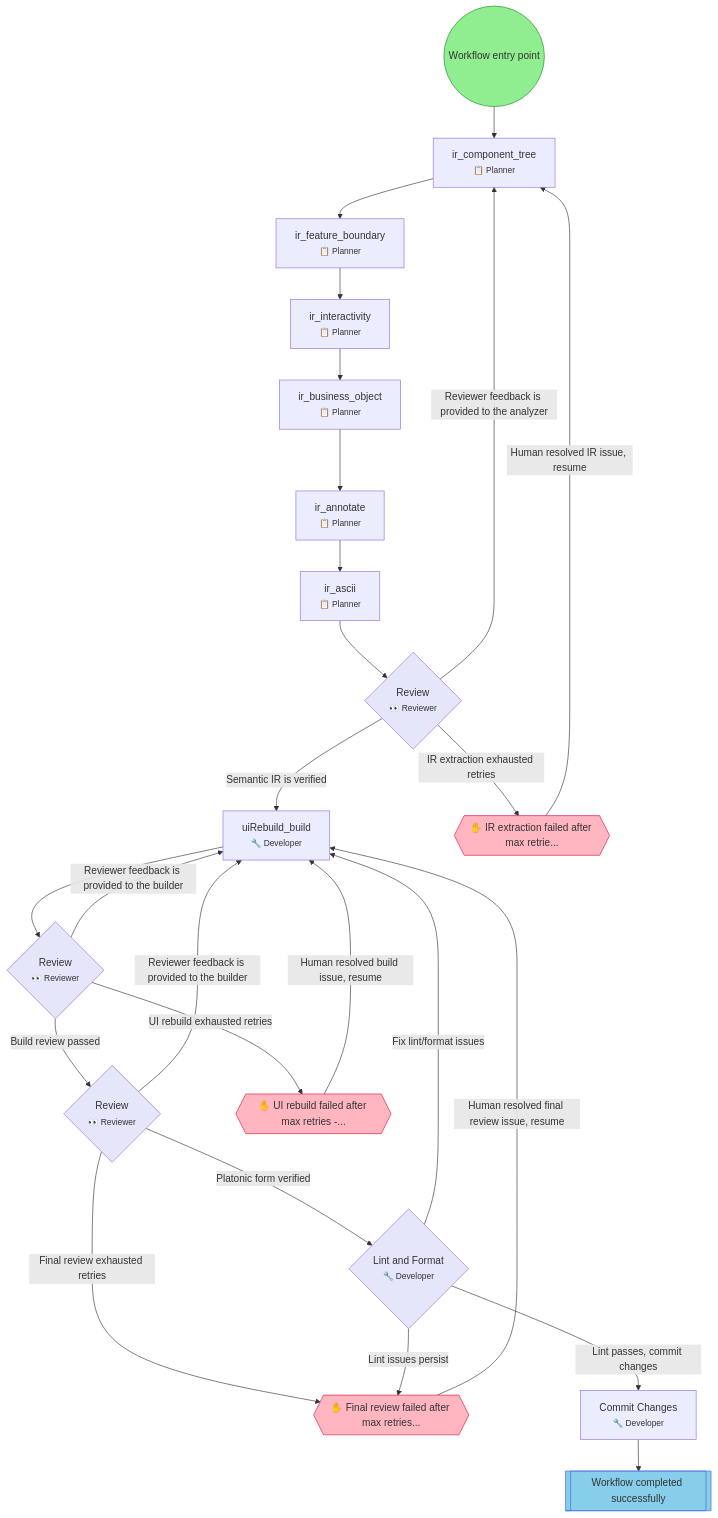
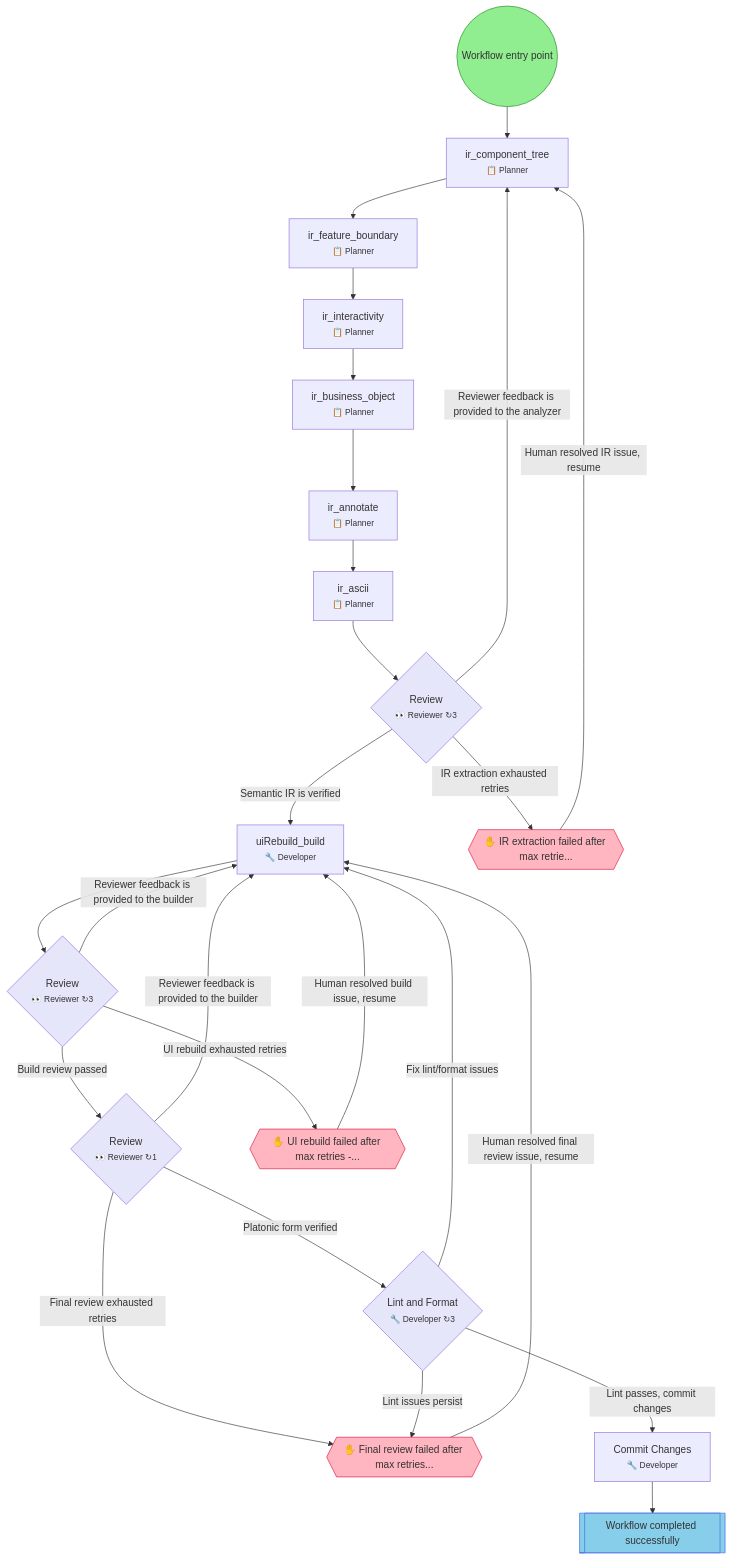
One commit to leclabs/agent-toolkit changed the diagram in .flow/diagrams/ui-reconstruction.md. Above: the diagram before and after it, drawn with Mermaid. The commit also changed other lines of this file and 114 other files, not shown here.

````diff
--- a/.flow/diagrams/ui-reconstruction.md
+++ b/.flow/diagrams/ui-reconstruction.md
@@ -7,56 +7,56 @@
 ```mermaid
 flowchart TD
     start(("Workflow entry point"))
     ir_component_tree["ir_component_tree<br/><small>📋 Planner</small>"]
     ir_feature_boundary["ir_feature_boundary<br/><small>📋 Planner</small>"]
     ir_interactivity["ir_interactivity<br/><small>📋 Planner</small>"]
     ir_business_object["ir_business_object<br/><small>📋 Planner</small>"]
     ir_annotate["ir_annotate<br/><small>📋 Planner</small>"]
     ir_ascii["ir_ascii<br/><small>📋 Planner</small>"]
-    ir_review{"Review<br/><small>👀 Reviewer</small>"}
+    ir_review{"Review<br/><small>👀 Reviewer ↻3</small>"}
     uiRebuild_build["uiRebuild_build<br/><small>🔧 Developer</small>"]
-    uiRebuild_review{"Review<br/><small>👀 Reviewer</small>"}
-    final_review{"Review<br/><small>👀 Reviewer</small>"}
+    uiRebuild_review{"Review<br/><small>👀 Reviewer ↻3</small>"}
+    final_review{"Review<br/><small>👀 Reviewer ↻1</small>"}
     end_success[["Workflow completed successfully"]]
     hitl_ir_failed{{"✋ IR extraction failed after max retrie..."}}
     hitl_build_failed{{"✋ UI rebuild failed after max retries -..."}}
     hitl_final_failed{{"✋ Final review failed after max retries..."}}
-    lint_format{"Lint and Format<br/><small>🔧 Developer</small>"}
+    lint_format{"Lint and Format<br/><small>🔧 Developer ↻3</small>"}
     commit["Commit Changes<br/><small>🔧 Developer</small>"]
 
     start --> ir_component_tree
     ir_component_tree --> ir_feature_boundary
     ir_feature_boundary --> ir_interactivity
     ir_interactivity --> ir_business_object
     ir_business_object --> ir_annotate
     ir_annotate --> ir_ascii
     ir_ascii --> ir_review
     ir_review -->|Reviewer feedback is provided to the analyzer| ir_component_tree
     ir_review -->|IR extraction exhausted retries| hitl_ir_failed
     ir_review -->|Semantic IR is verified| uiRebuild_build
     uiRebuild_build --> uiRebuild_review
     uiRebuild_review -->|Reviewer feedback is provided to the builder| uiRebuild_build
     uiRebuild_review -->|UI rebuild exhausted retries| hitl_build_failed
     uiRebuild_review -->|Build review passed| final_review
     final_review -->|Reviewer feedback is provided to the builder| uiRebuild_build
     final_review -->|Final review exhausted retries| hitl_final_failed
     final_review -->|Platonic form verified| lint_format
     lint_format -->|Lint passes, commit changes| commit
     lint_format -->|Fix lint/format issues| uiRebuild_build
     lint_format -->|Lint issues persist| hitl_final_failed
     commit --> end_success
     hitl_ir_failed -->|Human resolved IR issue, resume| ir_component_tree
     hitl_build_failed -->|Human resolved build issue, resume| uiRebuild_build
     hitl_final_failed -->|Human resolved final review issue, resume| uiRebuild_build
 
     classDef startStep fill:#90EE90,stroke:#228B22
     classDef successStep fill:#87CEEB,stroke:#4169E1
     classDef hitlStep fill:#FFB6C1,stroke:#DC143C
     classDef gateStep fill:#E6E6FA,stroke:#9370DB
     classDef forkJoinStep fill:#FFEAA7,stroke:#FDCB6E
     classDef currentStep fill:#FFD700,stroke:#FF8C00,stroke-width:3px
     class start startStep
     class end_success successStep
     class hitl_ir_failed,hitl_build_failed,hitl_final_failed hitlStep
     class ir_review,uiRebuild_review,final_review,lint_format gateStep
 ```
````
